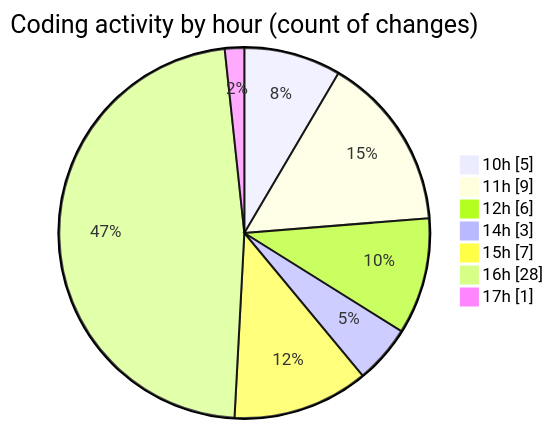
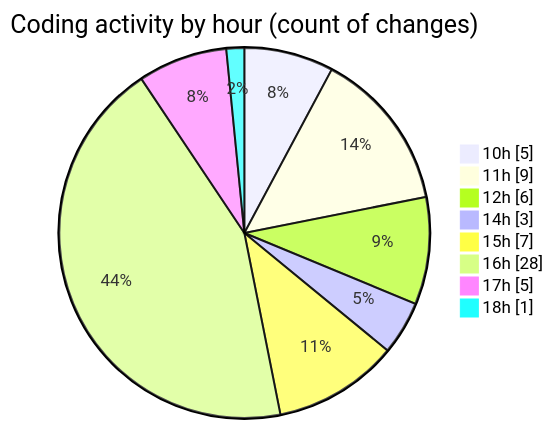
One commit to nxtqubesakshisongat/code-tracking changed the second of 2 diagrams in 2025-08-11/nxtqube_webapp/README.md. Above: the diagram before and after it, drawn with Mermaid. The commit also changed other lines of this file and 1 other file, not shown here.

````diff
--- a/2025-08-11/nxtqube_webapp/README.md
+++ b/2025-08-11/nxtqube_webapp/README.md
@@ -29,11 +29,12 @@
 ```mermaid
 pie showData
 title Coding activity by hour (count of changes)
 "10h" : 5
 "11h" : 9
 "12h" : 6
 "14h" : 3
 "15h" : 7
 "16h" : 28
-"17h" : 1
+"17h" : 5
+"18h" : 1
 ```
````
